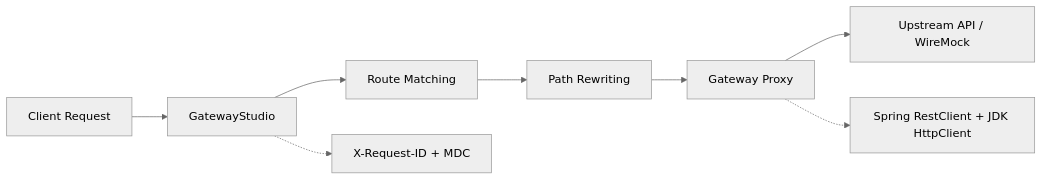
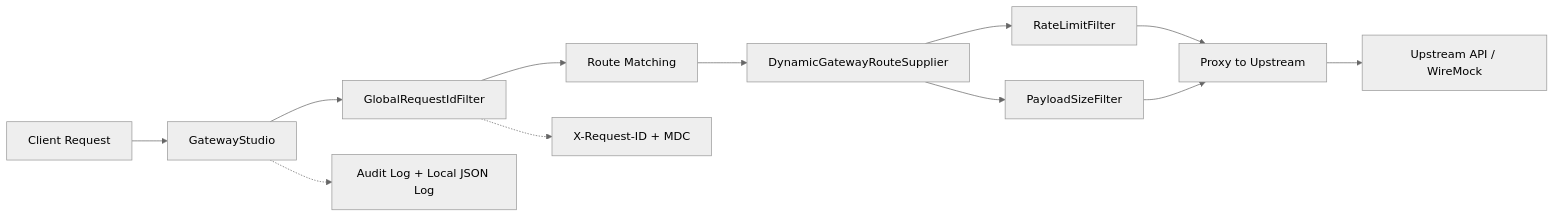
Before and after one commit to 5um4n7h/GatewayStudio: the diagram in README.md, drawn with Mermaid (neutral theme). The commit also changed other lines of this file, not shown here.

Commit message:
feat: update README to reflect enhanced features and architecture of GatewayStudio

````diff
--- a/README.md
+++ b/README.md
@@ -12,11 +22,14 @@
 ```mermaid
 flowchart LR
-    C[Client Request] --> G[GatewayStudio]
-    G --> R[Route Matching]
-    R --> RW[Path Rewriting]
-    RW --> P[Gateway Proxy]
-    P --> U[Upstream API / WireMock]
-
-    G -.-> ID[X-Request-ID + MDC]
-    P -.-> HTTP[Spring RestClient + JDK HttpClient]
-```
+  C[Client Request] --> G[GatewayStudio]
+  G --> F[GlobalRequestIdFilter]
+  F --> R[Route Matching]
+  R --> D[DynamicGatewayRouteSupplier]
+  D --> RL[RateLimitFilter]
+  D --> PS[PayloadSizeFilter]
+  RL --> P[Proxy to Upstream]
+  PS --> P
+  P --> U[Upstream API / WireMock]
+  F -.-> ID[X-Request-ID + MDC]
+  G -.-> A[Audit Log + Local JSON Log]
+  ```
````
